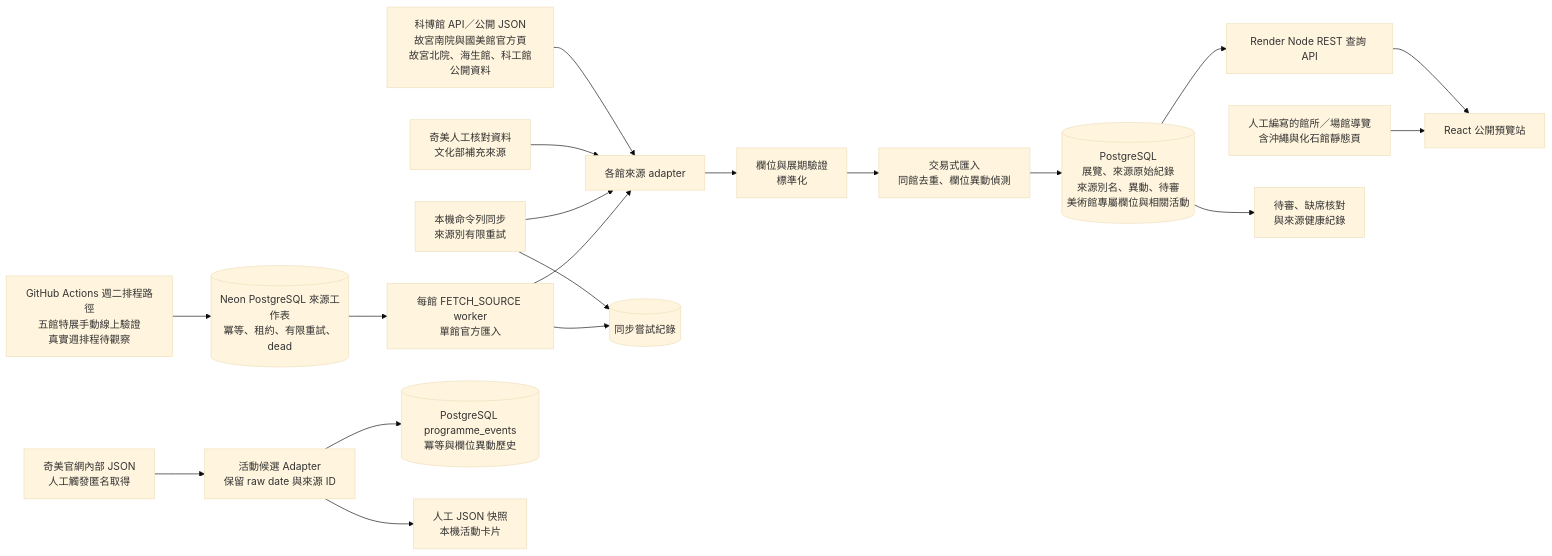
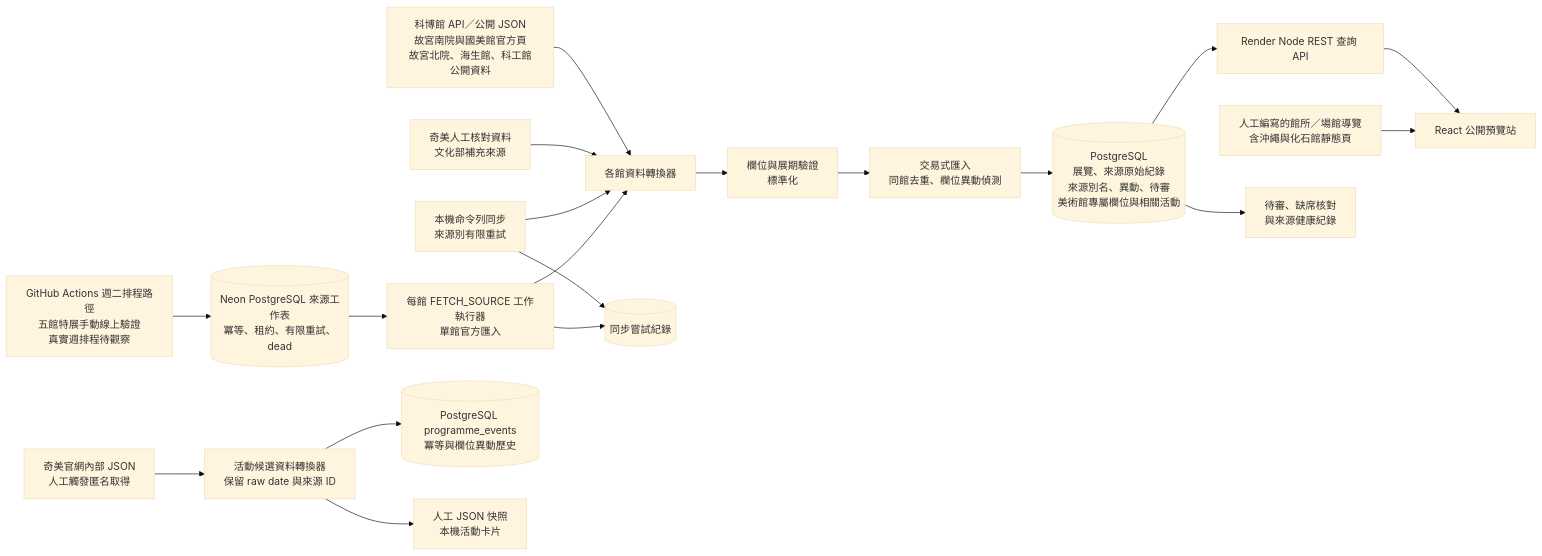
The second of 3 diagrams in docs/architecture.md (AndyLinStrongtyping/event-radar), drawn with Mermaid (base theme) before and after one commit. The commit also changed other lines of this file and 4 other files, not shown here.

````diff
--- a/docs/architecture.md
+++ b/docs/architecture.md
@@ -51,21 +51,21 @@
 ```mermaid
 flowchart LR
-    A["科博館 API／公開 JSON<br/>故宮南院與國美館官方頁<br/>故宮北院、海生館、科工館公開資料"] --> B["各館來源 adapter"]
+    A["科博館 API／公開 JSON<br/>故宮南院與國美館官方頁<br/>故宮北院、海生館、科工館公開資料"] --> B["各館資料轉換器"]
     C["奇美人工核對資料<br/>文化部補充來源"] --> B
     B --> D["欄位與展期驗證<br/>標準化"]
     D --> E["交易式匯入<br/>同館去重、欄位異動偵測"]
     E --> F[("PostgreSQL<br/>展覽、來源原始紀錄<br/>來源別名、異動、待審<br/>美術館專屬欄位與相關活動")]
     G["本機命令列同步<br/>來源別有限重試"] --> B
     G --> H[("同步嘗試紀錄")]
     S["GitHub Actions 週二排程路徑<br/>五館特展手動線上驗證<br/>真實週排程待觀察"] --> Q
-    Q[("Neon PostgreSQL 來源工作表<br/>冪等、租約、有限重試、dead")] --> W["每館 FETCH_SOURCE worker<br/>單館官方匯入"]
+    Q[("Neon PostgreSQL 來源工作表<br/>冪等、租約、有限重試、dead")] --> W["每館 FETCH_SOURCE 工作執行器<br/>單館官方匯入"]
     W --> B
     W --> H
     F --> I["Render Node REST 查詢 API"]
     I --> J["React 公開預覽站"]
     K["人工編寫的館所／場館導覽<br/>含沖繩與化石館靜態頁"] --> J
     F --> L["待審、缺席核對<br/>與來源健康紀錄"]
-    M["奇美官網內部 JSON<br/>人工觸發匿名取得"] --> N["活動候選 Adapter<br/>保留 raw date 與來源 ID"]
+    M["奇美官網內部 JSON<br/>人工觸發匿名取得"] --> N["活動候選資料轉換器<br/>保留 raw date 與來源 ID"]
     N --> O[("PostgreSQL programme_events<br/>冪等與欄位異動歷史")]
     N --> P["人工 JSON 快照<br/>本機活動卡片"]
 ```
````
